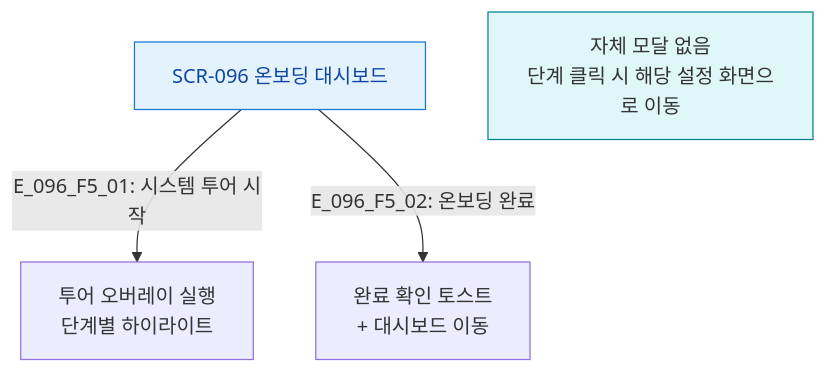
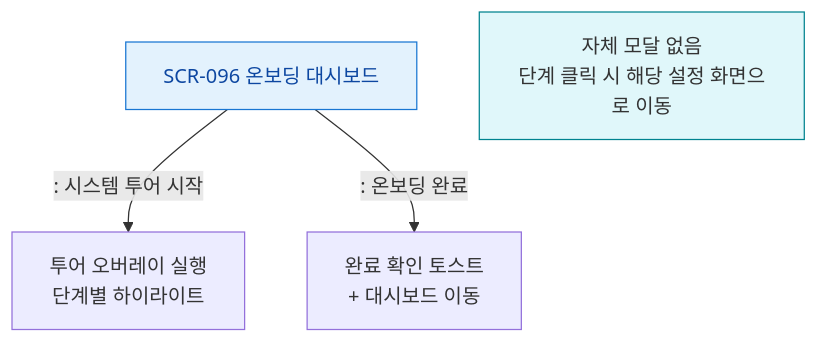
One commit to dev-spogym/admin-pando changed the diagram in docs/다이어그램/D10_본사관리/SCR-096_온보딩대시보드/F5_모달트리거.md. Above: the diagram before and after it, drawn with Mermaid. The commit also changed other lines of this file and 1660 other files, not shown here.

First line of the commit message:
다이어그램: 기획자/클라이언트 납품본으로 정리

````diff
--- a/docs/다이어그램/D10_본사관리/SCR-096_온보딩대시보드/F5_모달트리거.md
+++ b/docs/다이어그램/D10_본사관리/SCR-096_온보딩대시보드/F5_모달트리거.md
@@ -14,14 +12,14 @@
 ```mermaid
 flowchart TD
   SCR_096[SCR-096 온보딩 대시보드]
   Note[자체 모달 없음\n단계 클릭 시 해당 설정 화면으로 이동]
 
-  SCR_096 -->|"E_096_F5_01: 시스템 투어 시작"| TourOverlay[투어 오버레이 실행\n단계별 하이라이트]
-  SCR_096 -->|"E_096_F5_02: 온보딩 완료"| CompleteConfirm[완료 확인 토스트\n+ 대시보드 이동]
+  SCR_096 -->|": 시스템 투어 시작"|TourOverlay[투어 오버레이 실행\n단계별 하이라이트]
+  SCR_096 -->|": 온보딩 완료"|CompleteConfirm[완료 확인 토스트\n+ 대시보드 이동]
 
   classDef screen fill:#E3F2FD,stroke:#1976D2,color:#0D47A1
   classDef info fill:#E0F7FA,stroke:#00838F
 
   class SCR_096 screen
   class Note info
 ```
````
